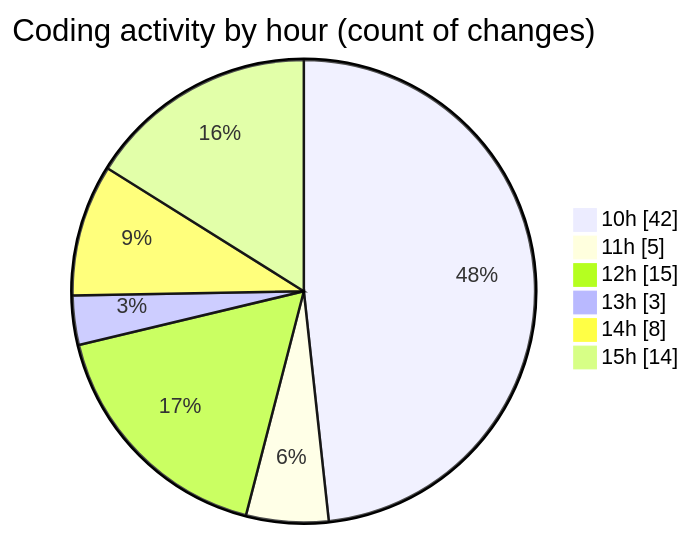
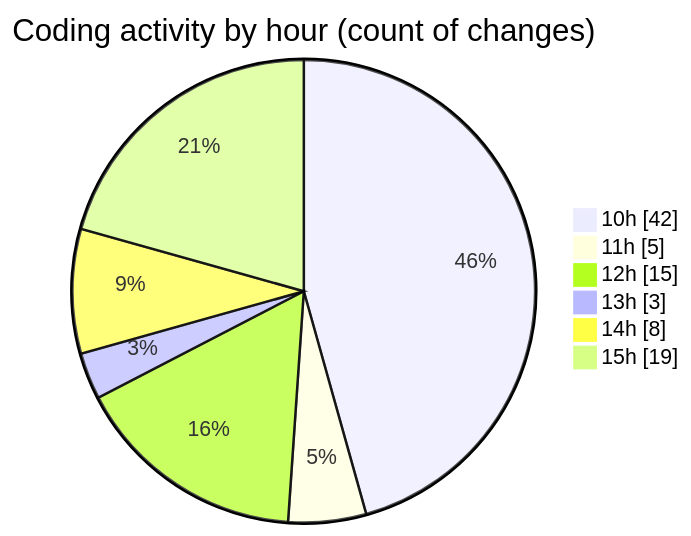
One commit to nxtqubesakshisongat/code-tracking changed the second of 2 diagrams in 2025-08-04/nxtqube_webapp/README.md. Above: the diagram before and after it, drawn with Mermaid. The commit also changed other lines of this file and 1 other file, not shown here.

````diff
--- a/2025-08-04/nxtqube_webapp/README.md
+++ b/2025-08-04/nxtqube_webapp/README.md
@@ -36,10 +37,10 @@
 ```mermaid
 pie showData
 title Coding activity by hour (count of changes)
 "10h" : 42
 "11h" : 5
 "12h" : 15
 "13h" : 3
 "14h" : 8
-"15h" : 14
+"15h" : 19
 ```
````
